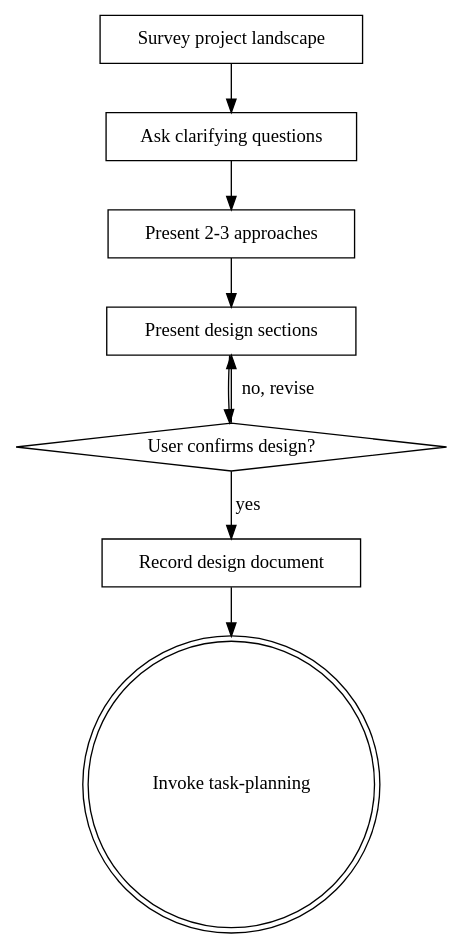
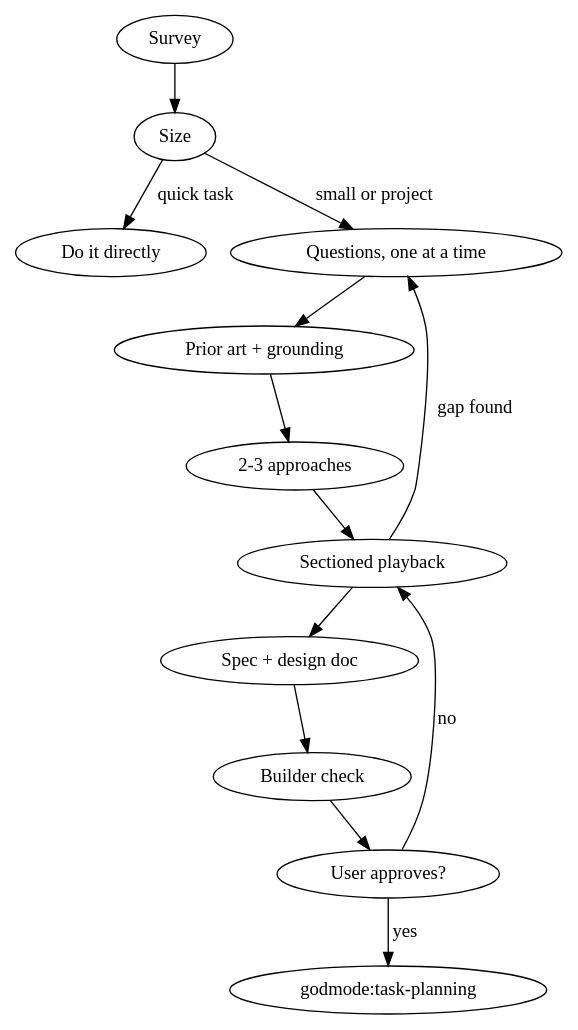
Before and after one commit to NoobyGains/godmode: the diagram in skills/intent-discovery/SKILL.md, drawn with Graphviz. The commit also changed other lines of this file and 17 other files, not shown here.

````diff
--- a/skills/intent-discovery/SKILL.md
+++ b/skills/intent-discovery/SKILL.md
@@ -67,19 +58,16 @@
 ```dot
-digraph intent_discovery {
-    "Survey project landscape" [shape=box];
-    "Ask clarifying questions" [shape=box];
-    "Present 2-3 approaches" [shape=box];
-    "Present design sections" [shape=box];
-    "User confirms design?" [shape=diamond];
-    "Record design document" [shape=box];
-    "Invoke task-planning" [shape=doublecircle];
-
-    "Survey project landscape" -> "Ask clarifying questions";
-    "Ask clarifying questions" -> "Present 2-3 approaches";
-    "Present 2-3 approaches" -> "Present design sections";
-    "Present design sections" -> "User confirms design?";
-    "User confirms design?" -> "Present design sections" [label="no, revise"];
-    "User confirms design?" -> "Record design document" [label="yes"];
-    "Record design document" -> "Invoke task-planning";
+digraph intent {
+    "Survey" -> "Size";
+    "Size" -> "Do it directly" [label="quick task"];
+    "Size" -> "Questions, one at a time" [label="small or project"];
+    "Questions, one at a time" -> "Prior art + grounding";
+    "Prior art + grounding" -> "2-3 approaches";
+    "2-3 approaches" -> "Sectioned playback";
+    "Sectioned playback" -> "Questions, one at a time" [label="gap found"];
+    "Sectioned playback" -> "Spec + design doc";
+    "Spec + design doc" -> "Builder check";
+    "Builder check" -> "User approves?";
+    "User approves?" -> "Sectioned playback" [label="no"];
+    "User approves?" -> "godmode:task-planning" [label="yes"];
 }
 ```
````
